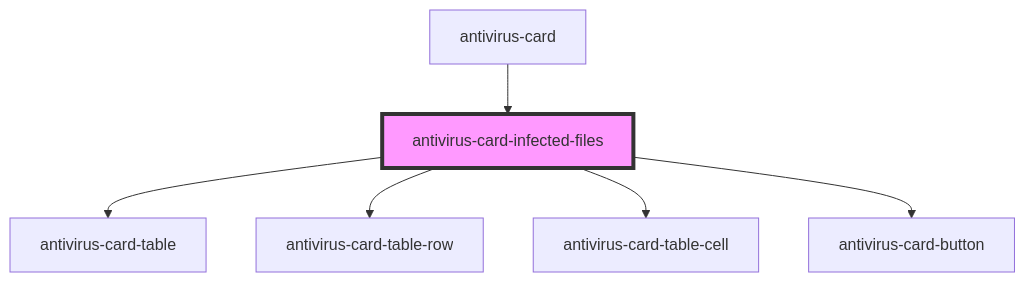
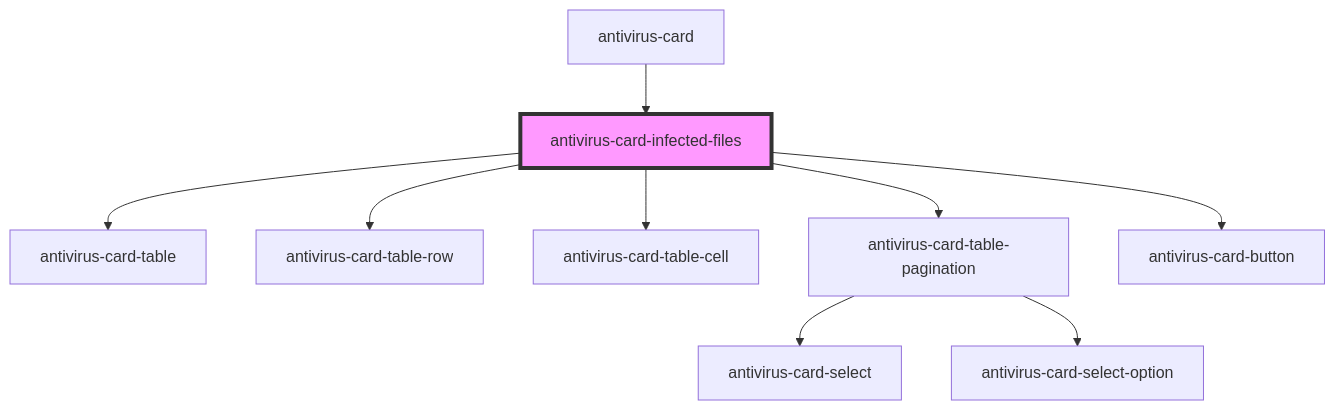
The diagram in client/packages/antivirus-card/src/components/infected-files/readme.md (ispsystem/plugin-imunify), drawn with Mermaid before and after one commit. The commit also changed other lines of this file and 23 other files, not shown here.

First line of the commit message:
feat(antivirus-card): 🌟 add pagination

````diff
--- a/client/packages/antivirus-card/src/components/infected-files/readme.md
+++ b/client/packages/antivirus-card/src/components/infected-files/readme.md
@@ -29,9 +30,12 @@
 ```mermaid
 graph TD;
   antivirus-card-infected-files --> antivirus-card-table
   antivirus-card-infected-files --> antivirus-card-table-row
   antivirus-card-infected-files --> antivirus-card-table-cell
+  antivirus-card-infected-files --> antivirus-card-table-pagination
   antivirus-card-infected-files --> antivirus-card-button
+  antivirus-card-table-pagination --> antivirus-card-select
+  antivirus-card-table-pagination --> antivirus-card-select-option
   antivirus-card --> antivirus-card-infected-files
   style antivirus-card-infected-files fill:#f9f,stroke:#333,stroke-width:4px
 ```
````
